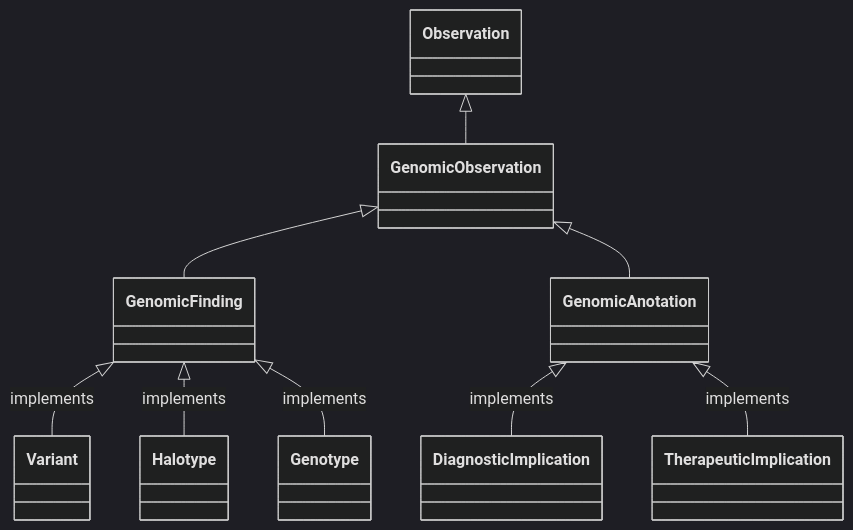
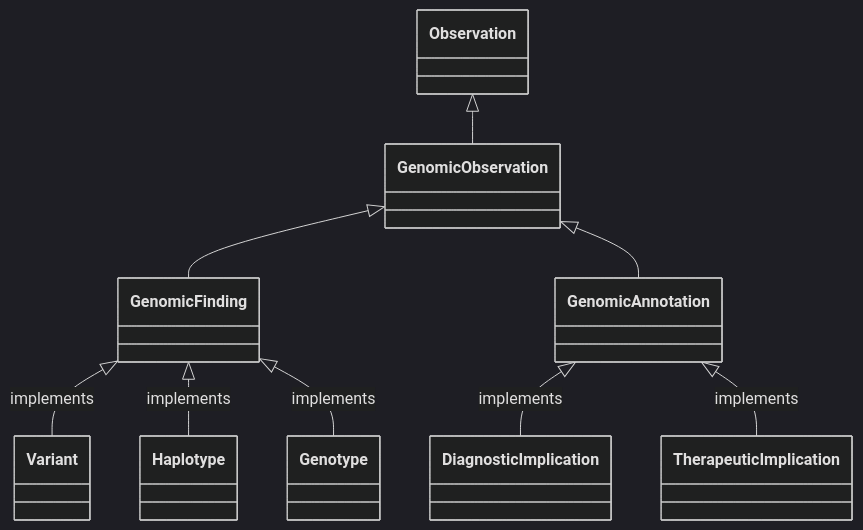
One commit to nw-gmsa/nw-gmsa.github.com changed the first of 2 diagrams in input/pagecontent/StructureDefinition-GenomicObservation-intro.md. Above: the diagram before and after it, drawn with Mermaid (dark theme). The commit also changed 1 other file, not shown here.

Commit message:
class diagrams

````diff
--- a/input/pagecontent/StructureDefinition-GenomicObservation-intro.md
+++ b/input/pagecontent/StructureDefinition-GenomicObservation-intro.md
@@ -3,15 +3,15 @@
 ```mermaid
 classDiagram
 
 
 Observation <|-- GenomicObservation
 GenomicObservation <|-- GenomicFinding 
-GenomicObservation <|-- GenomicAnotation
+GenomicObservation <|-- GenomicAnnotation
 
 GenomicFinding <|-- Variant :implements
-GenomicFinding <|-- Halotype :implements
+GenomicFinding <|-- Haplotype :implements
 GenomicFinding <|-- Genotype :implements
 
-GenomicAnotation <|-- DiagnosticImplication :implements
-GenomicAnotation <|-- TherapeuticImplication :implements
+GenomicAnnotation <|-- DiagnosticImplication :implements
+GenomicAnnotation <|-- TherapeuticImplication :implements
 ```
````
